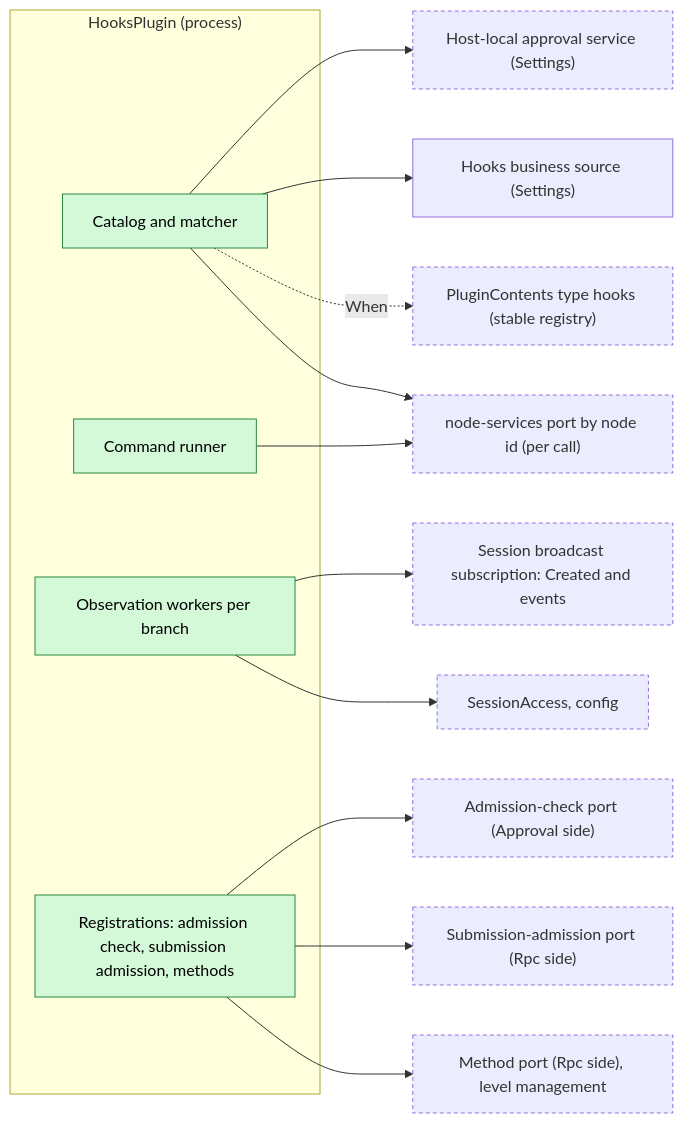
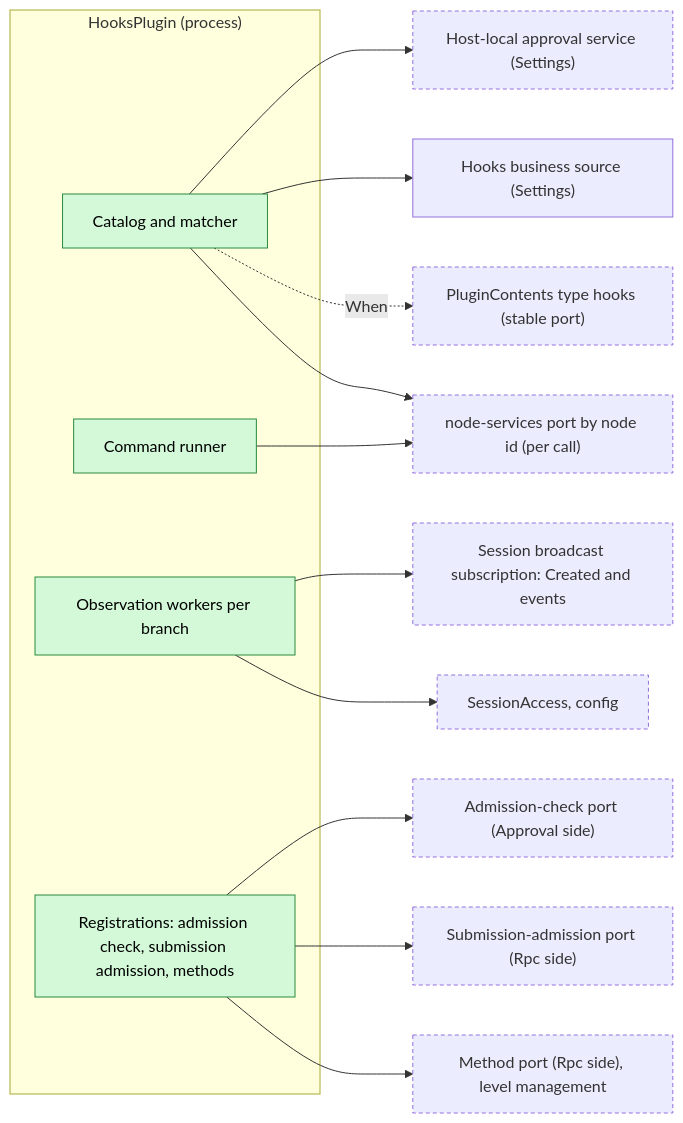
One commit to CoutinhoTTS/dim-agent changed the first of 6 diagrams in docs/design/plugins/Hooks.md. Above: the diagram before and after it, drawn with Mermaid. The commit also changed other lines of this file and 12 other files, not shown here.

````diff
--- a/docs/design/plugins/Hooks.md
+++ b/docs/design/plugins/Hooks.md
@@ -9,32 +9,32 @@
 ```mermaid
 flowchart LR
   subgraph HooksPlugin["HooksPlugin (process)"]
     Catalog["Catalog and matcher"]
     Runner["Command runner"]
     Observer["Observation workers per branch"]
     Regs["Registrations: admission check, submission admission, methods"]
   end
   AdmReg["Admission-check port (Approval side)"]
   FilterReg["Submission-admission port (Rpc side)"]
   MgmtReg["Method port (Rpc side), level management"]
   Events["Session broadcast subscription: Created and events"]
   Access["SessionAccess, config"]
   Res["node-services port by node id (per call)"]
   Approvals["Host-local approval service (Settings)"]
   Settings["Hooks business source (Settings)"]
-  Contents["PluginContents type hooks (stable registry)"]
+  Contents["PluginContents type hooks (stable port)"]
   Regs --> AdmReg
   Regs --> FilterReg
   Regs --> MgmtReg
   Observer --> Events
   Observer --> Access
   Runner --> Res
   Catalog --> Approvals
   Catalog --> Settings
   Catalog -.->|When| Contents
   Catalog --> Res
   classDef new fill:#d3f9d8,stroke:#2b8a3e,color:#000
   classDef contract stroke-dasharray:4 3
   class Catalog,Runner,Observer,Regs new
   class AdmReg,FilterReg,MgmtReg,Events,Access,Res,Approvals,Contents contract
 ```
````
